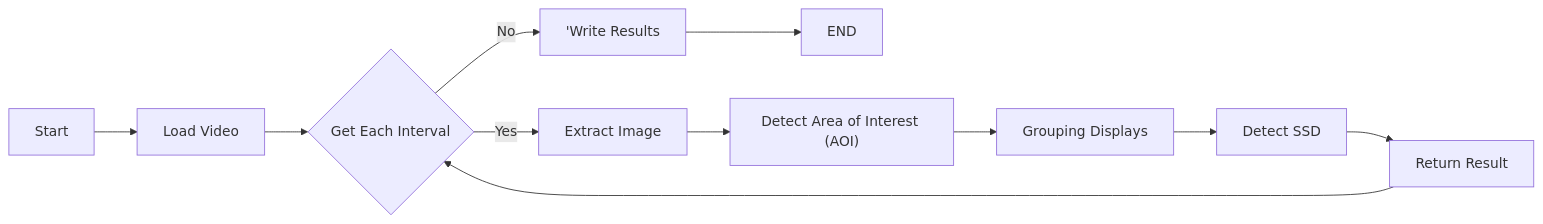
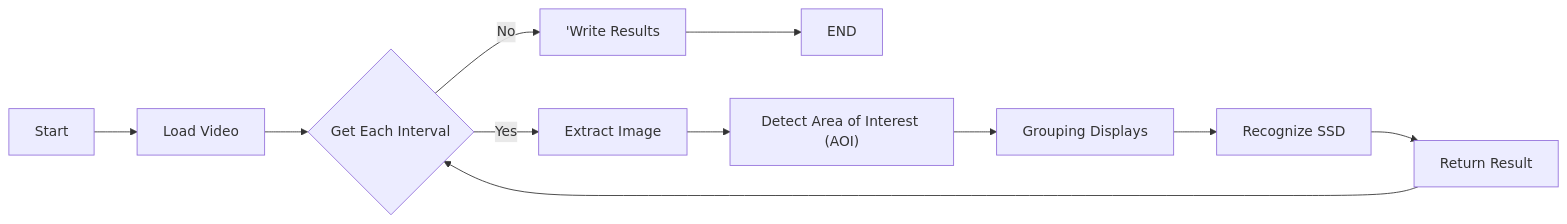
The diagram in README.md (sanekee/skylogger-python), drawn with Mermaid before and after one commit. The commit also changed other lines of this file, not shown here.

````diff
--- a/README.md
+++ b/README.md
@@ -9,12 +11,11 @@
 ```mermaid
 flowchart LR
     A[Start] --> B[Load Video]
     B --> C{Get Each Interval}
     C -->|No| D['Write Results] --> E[END]
     C --> |Yes| F[Extract Image]
     F --> G[Detect Area of Interest #40;AOI#41;]
     G --> I[Grouping Displays]
-    I --> J[Detect SSD]
+    I --> J[Recognize SSD]
     J --> K[Return Result] --> C
-
 ```
````
